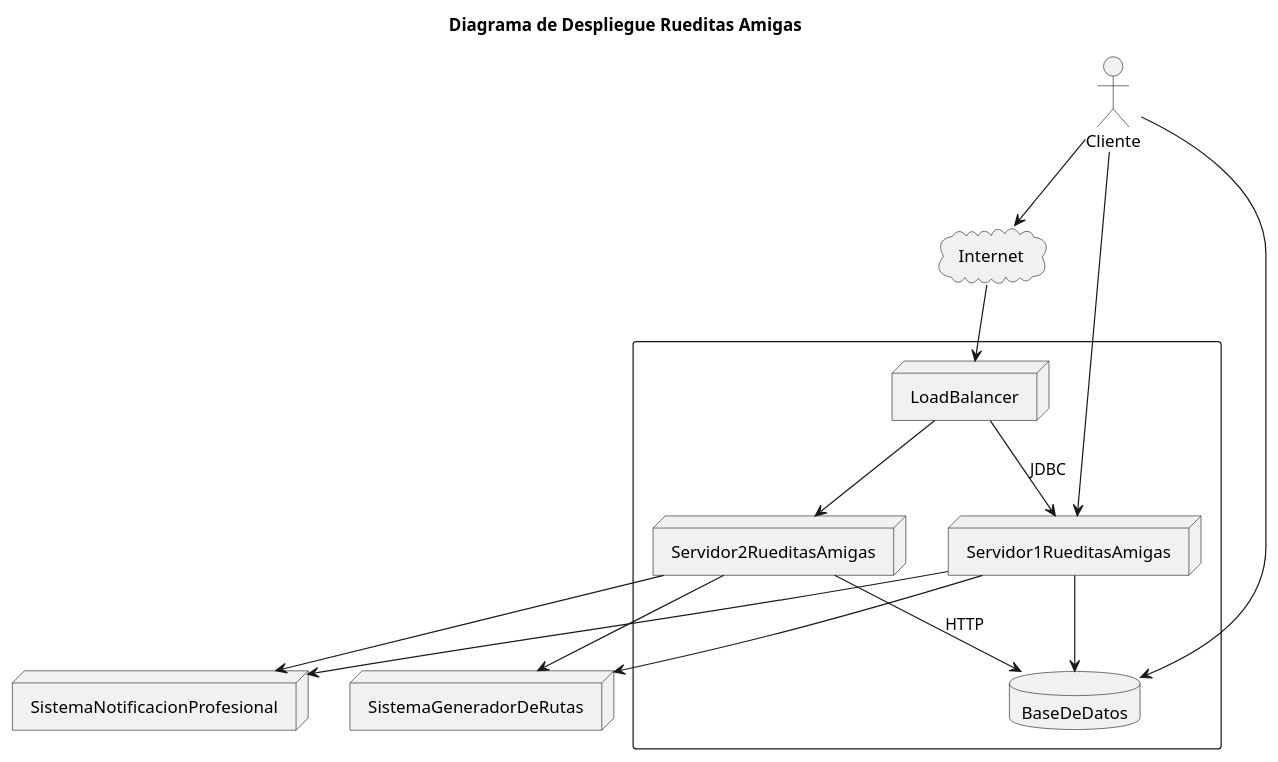
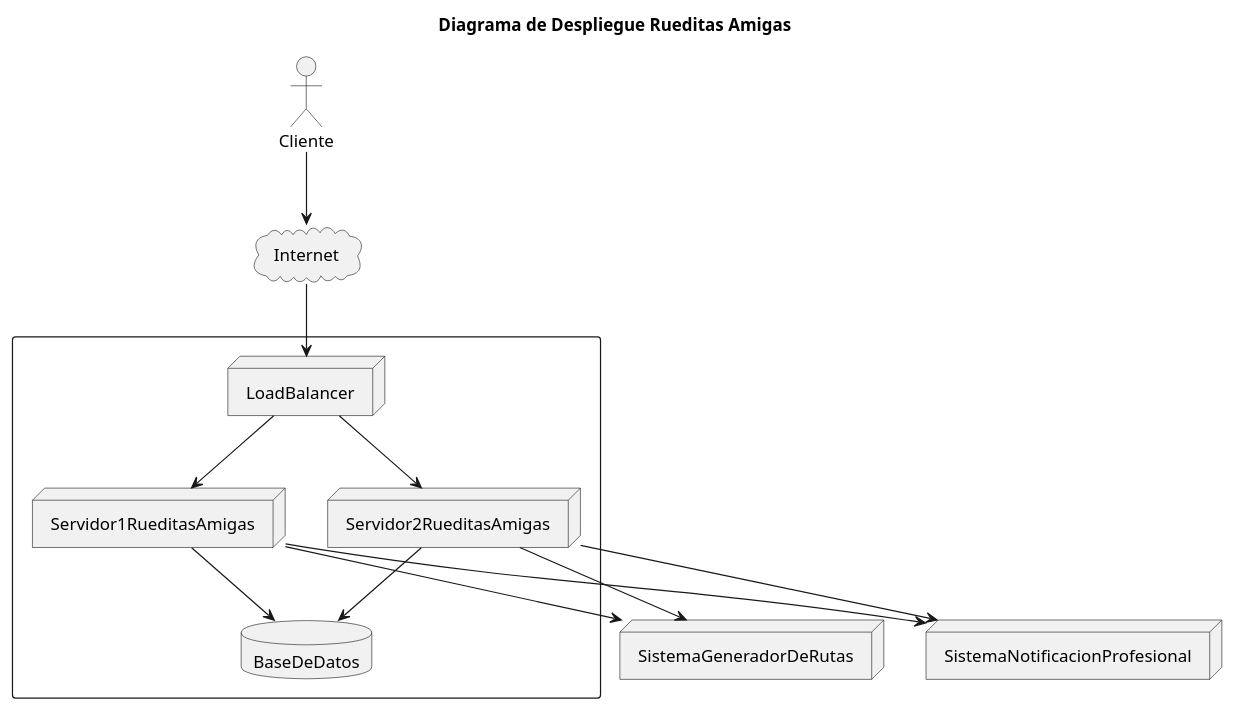
Before and after one commit to lrizzitano/RueditasAmigasDespliegue: the diagram in diagrams/DiagramaDeDespliegue.puml, drawn with PlantUML.

Commit message:
pruebo diagrama base

```diff
--- a/diagrams/DiagramaDeDespliegue.puml
+++ b/diagrams/DiagramaDeDespliegue.puml
@@ -1,33 +1,31 @@
 @startuml
 'https://plantuml.com/deployment-diagram
 
 title Diagrama de Despliegue Rueditas Amigas
 
 node "SistemaGeneradorDeRutas"
 actor "Cliente"
 cloud "Internet"
 node "SistemaNotificacionProfesional"
 
 
 rectangle  {
 node "LoadBalancer"
 node "Servidor1RueditasAmigas"
 node "Servidor2RueditasAmigas"
 database "BaseDeDatos"
 }
 
-"LoadBalancer" --> "Servidor1RueditasAmigas" : "JDBC"
+"LoadBalancer" --> "Servidor1RueditasAmigas"
 "LoadBalancer" --> "Servidor2RueditasAmigas"
 "Servidor1RueditasAmigas" --> "BaseDeDatos"
-"Servidor2RueditasAmigas" --> "BaseDeDatos" : "HTTP"
+"Servidor2RueditasAmigas" --> "BaseDeDatos"
 "Servidor1RueditasAmigas" --> "SistemaNotificacionProfesional"
 "Servidor2RueditasAmigas" --> "SistemaNotificacionProfesional"
 "Servidor1RueditasAmigas" --> "SistemaGeneradorDeRutas"
 "Servidor2RueditasAmigas" --> "SistemaGeneradorDeRutas"
 "Cliente" --> "Internet"
 "Internet" --> "LoadBalancer"
-"Cliente" --> "BaseDeDatos"
-"Cliente" --> "Servidor1RueditasAmigas"
 
 
 @enduml
```
